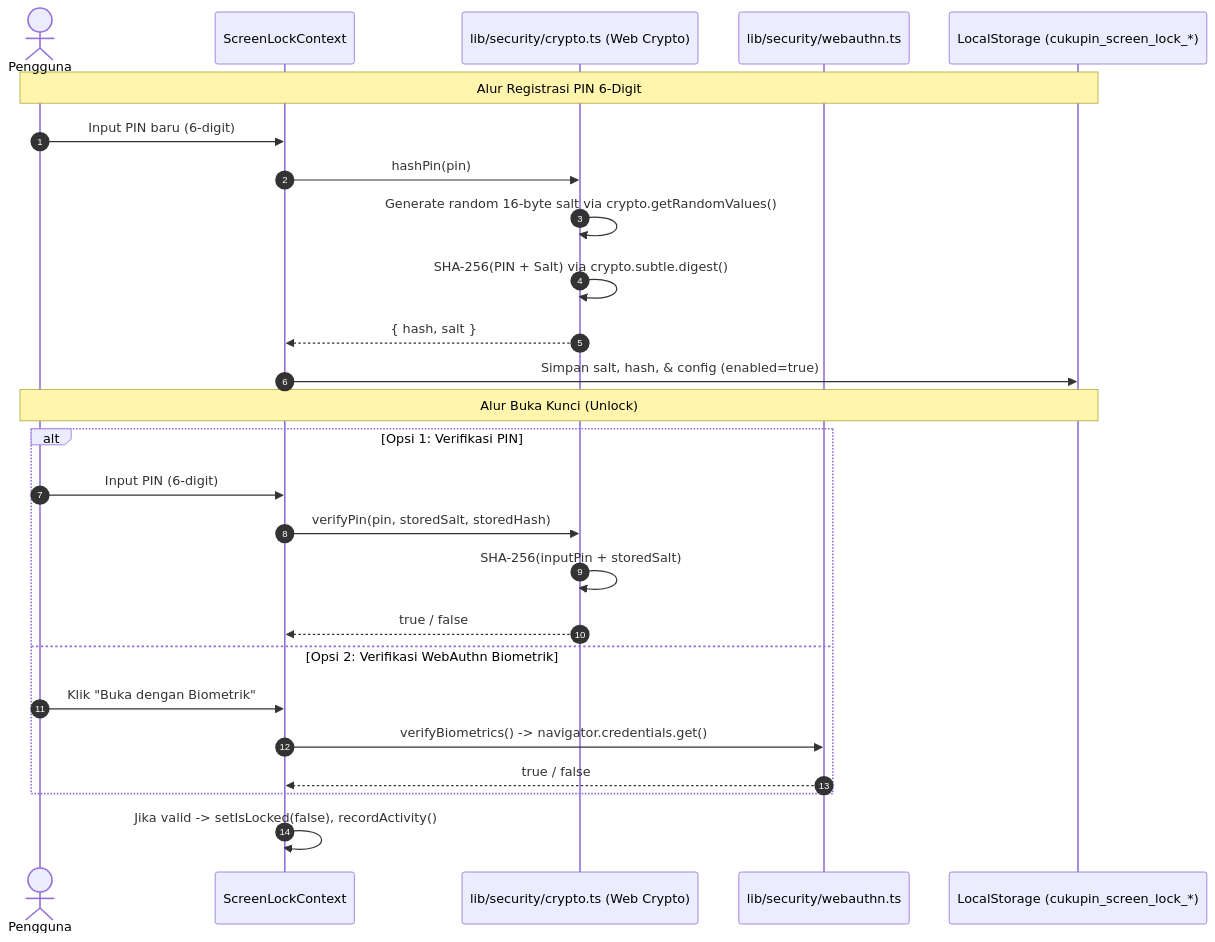
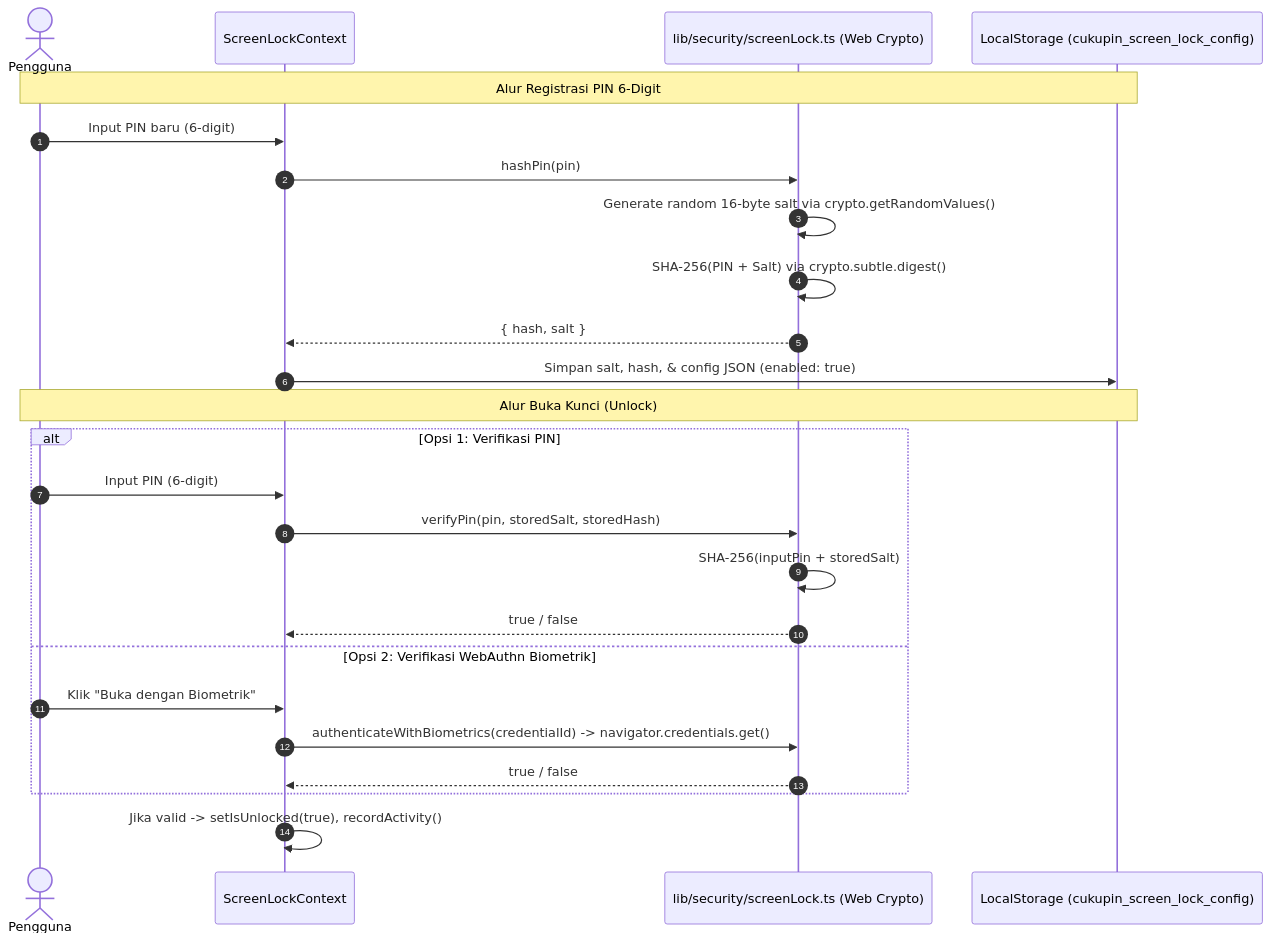
Before and after one commit to rhaffle87/cukupin: the third of 4 diagrams in docs/API_AND_DATA_FLOW.md, drawn with Mermaid. The commit also changed other lines of this file and 26 other files, not shown here.

````diff
--- a/docs/API_AND_DATA_FLOW.md
+++ b/docs/API_AND_DATA_FLOW.md
@@ -209,30 +209,29 @@
 ```mermaid
 sequenceDiagram
     autonumber
     actor User as Pengguna
     participant ScreenLock as ScreenLockContext
-    participant Crypto as lib/security/crypto.ts (Web Crypto)
-    participant WebAuthn as lib/security/webauthn.ts
-    participant Storage as LocalStorage (cukupin_screen_lock_*)
+    participant Engine as lib/security/screenLock.ts (Web Crypto)
+    participant Storage as LocalStorage (cukupin_screen_lock_config)
 
     Note over User,Storage: Alur Registrasi PIN 6-Digit
     User->>ScreenLock: Input PIN baru (6-digit)
-    ScreenLock->>Crypto: hashPin(pin)
-    Crypto->>Crypto: Generate random 16-byte salt via crypto.getRandomValues()
-    Crypto->>Crypto: SHA-256(PIN + Salt) via crypto.subtle.digest()
-    Crypto-->>ScreenLock: { hash, salt }
-    ScreenLock->>Storage: Simpan salt, hash, & config (enabled=true)
+    ScreenLock->>Engine: hashPin(pin)
+    Engine->>Engine: Generate random 16-byte salt via crypto.getRandomValues()
+    Engine->>Engine: SHA-256(PIN + Salt) via crypto.subtle.digest()
+    Engine-->>ScreenLock: { hash, salt }
+    ScreenLock->>Storage: Simpan salt, hash, & config JSON (enabled: true)
 
     Note over User,Storage: Alur Buka Kunci (Unlock)
     alt Opsi 1: Verifikasi PIN
         User->>ScreenLock: Input PIN (6-digit)
-        ScreenLock->>Crypto: verifyPin(pin, storedSalt, storedHash)
-        Crypto->>Crypto: SHA-256(inputPin + storedSalt)
-        Crypto-->>ScreenLock: true / false
+        ScreenLock->>Engine: verifyPin(pin, storedSalt, storedHash)
+        Engine->>Engine: SHA-256(inputPin + storedSalt)
+        Engine-->>ScreenLock: true / false
     else Opsi 2: Verifikasi WebAuthn Biometrik
         User->>ScreenLock: Klik "Buka dengan Biometrik"
-        ScreenLock->>WebAuthn: verifyBiometrics() -> navigator.credentials.get()
-        WebAuthn-->>ScreenLock: true / false
+        ScreenLock->>Engine: authenticateWithBiometrics(credentialId) -> navigator.credentials.get()
+        Engine-->>ScreenLock: true / false
     end
-    ScreenLock->>ScreenLock: Jika valid -> setIsLocked(false), recordActivity()
+    ScreenLock->>ScreenLock: Jika valid -> setIsUnlocked(true), recordActivity()
 ```
````
